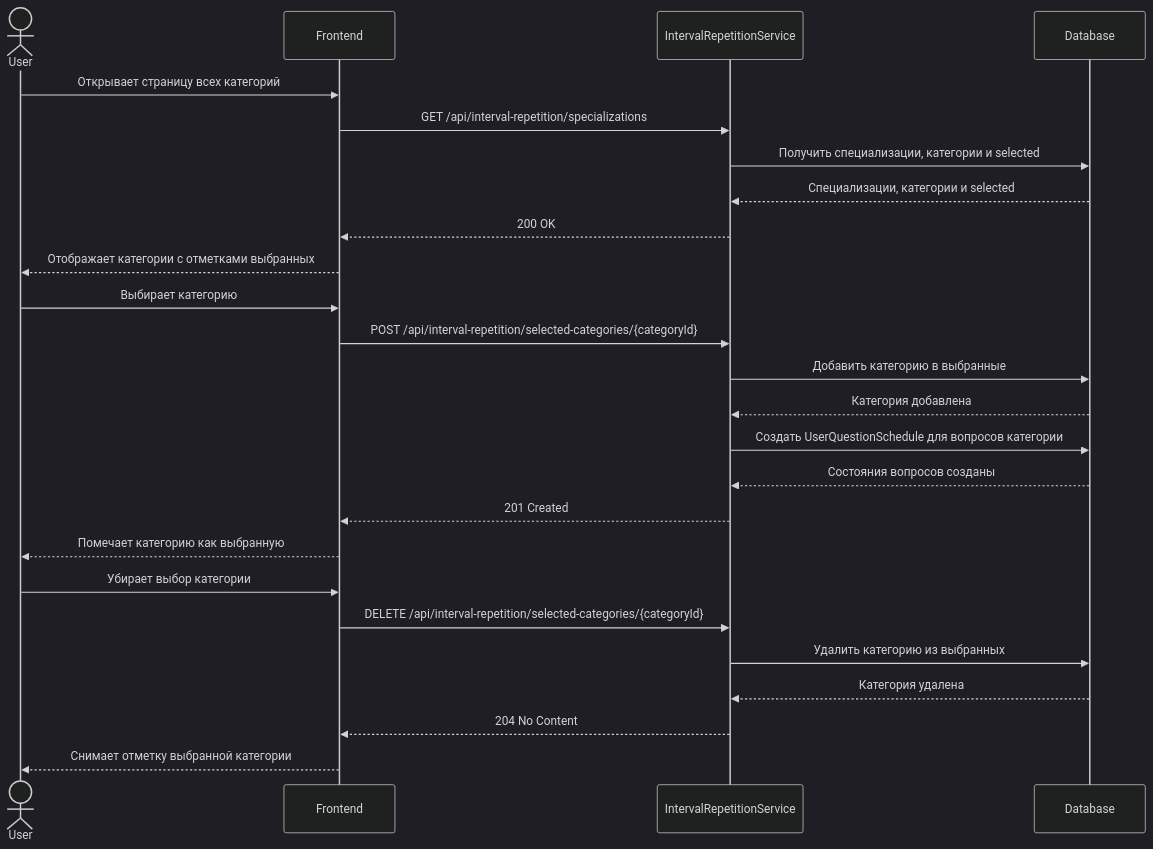
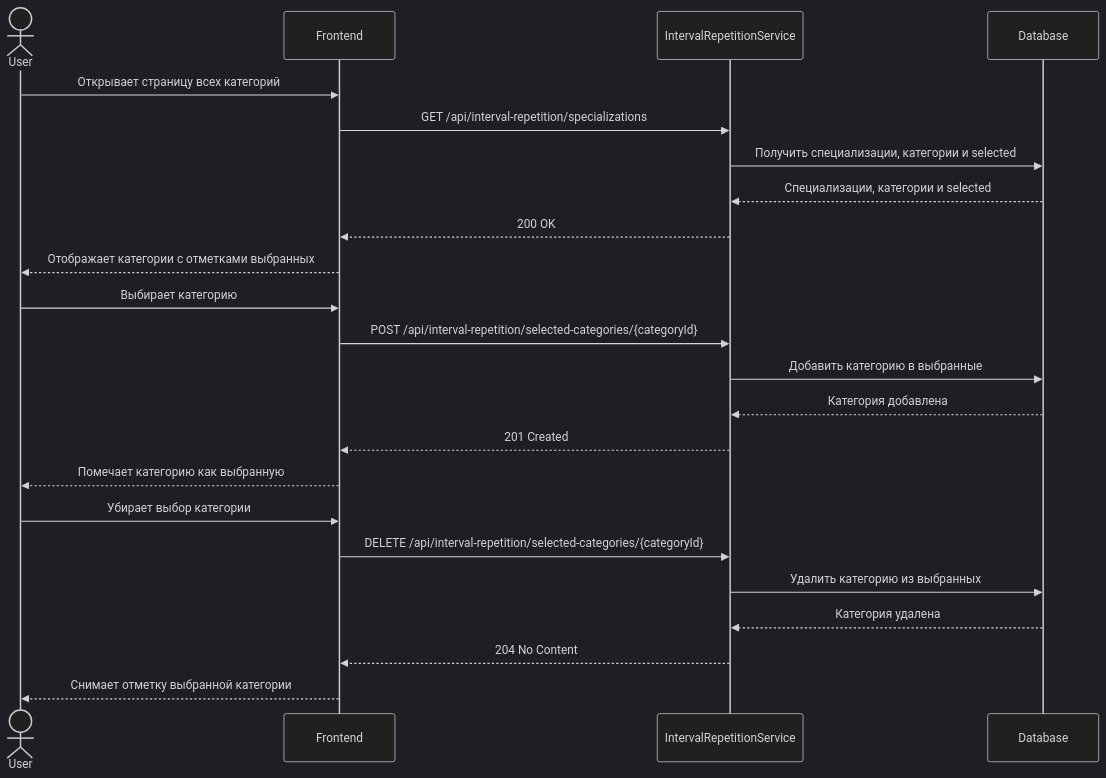
Before and after one commit to it-mentor-community-platform/meta: the sixth of 7 diagrams in system-analytics/functionality/interview-questions-interval-repetition.md, drawn with Mermaid (dark theme). The commit also changed other lines of this file, not shown here.

Commit message:
update interval repetition flow

````diff
--- a/system-analytics/functionality/interview-questions-interval-repetition.md
+++ b/system-analytics/functionality/interview-questions-interval-repetition.md
@@ -253,35 +246,32 @@
 ```mermaid
 sequenceDiagram
     actor User
     participant Frontend
     participant IntervalRepetitionService
     participant Database
 
     User->>Frontend: Открывает страницу всех категорий
 
     Frontend->>IntervalRepetitionService: GET /api/interval-repetition/specializations
     IntervalRepetitionService->>Database: Получить специализации, категории и selected
     Database-->>IntervalRepetitionService: Специализации, категории и selected
     IntervalRepetitionService-->>Frontend: 200 OK
     Frontend-->>User: Отображает категории с отметками выбранных
 
     User->>Frontend: Выбирает категорию
 
     Frontend->>IntervalRepetitionService: POST /api/interval-repetition/selected-categories/{categoryId}
     IntervalRepetitionService->>Database: Добавить категорию в выбранные
     Database-->>IntervalRepetitionService: Категория добавлена
 
-    IntervalRepetitionService->>Database: Создать UserQuestionSchedule для вопросов категории
-    Database-->>IntervalRepetitionService: Состояния вопросов созданы
-
     IntervalRepetitionService-->>Frontend: 201 Created
     Frontend-->>User: Помечает категорию как выбранную
 
     User->>Frontend: Убирает выбор категории
 
     Frontend->>IntervalRepetitionService: DELETE /api/interval-repetition/selected-categories/{categoryId}
     IntervalRepetitionService->>Database: Удалить категорию из выбранных
     Database-->>IntervalRepetitionService: Категория удалена
     IntervalRepetitionService-->>Frontend: 204 No Content
     Frontend-->>User: Снимает отметку выбранной категории
 ```
````
